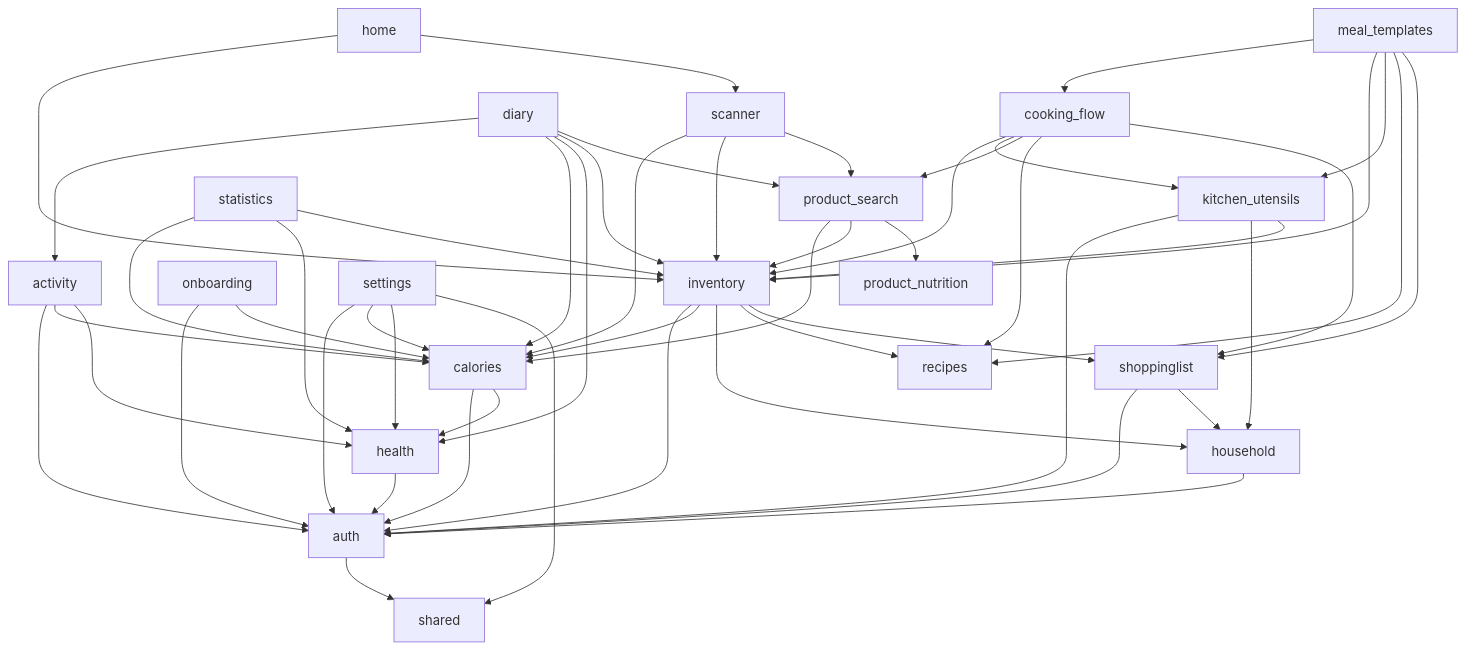
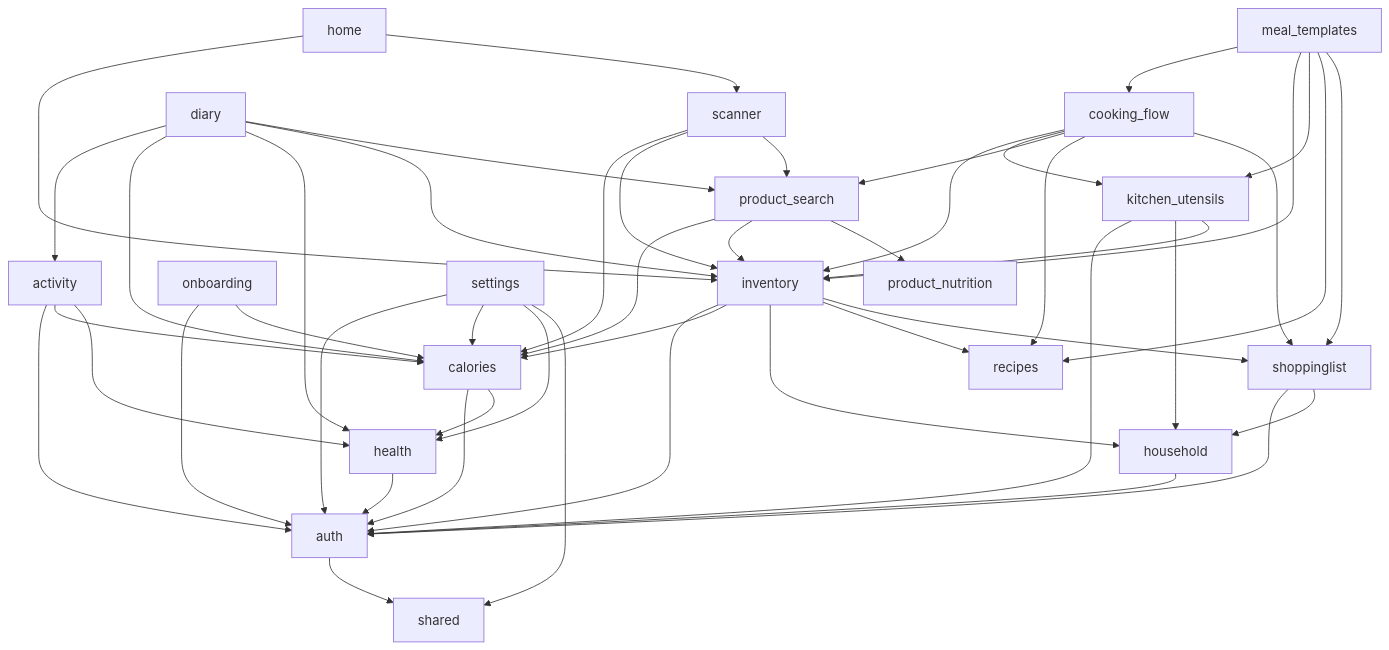
Before and after one commit to repinw/yamt: the diagram in lib/features/DEPS.md, drawn with Mermaid. The commit also changed 89 other files, not shown here.

````diff
--- a/lib/features/DEPS.md
+++ b/lib/features/DEPS.md
@@ -6,53 +6,50 @@
 ```mermaid
 flowchart TD;
 activity-->auth;
 activity-->calories;
 activity-->health;
 auth-->shared;
 calories-->auth;
 calories-->health;
 cooking_flow-->inventory;
 cooking_flow-->kitchen_utensils;
 cooking_flow-->product_search;
 cooking_flow-->recipes;
 cooking_flow-->shoppinglist;
 diary-->activity;
 diary-->calories;
 diary-->health;
 diary-->inventory;
 diary-->product_search;
 health-->auth;
 home-->inventory;
 home-->scanner;
 household-->auth;
 inventory-->auth;
 inventory-->calories;
 inventory-->household;
 inventory-->recipes;
 inventory-->shoppinglist;
 kitchen_utensils-->auth;
 kitchen_utensils-->household;
 kitchen_utensils-->inventory;
 meal_templates-->cooking_flow;
 meal_templates-->inventory;
 meal_templates-->kitchen_utensils;
 meal_templates-->recipes;
 meal_templates-->shoppinglist;
 onboarding-->auth;
 onboarding-->calories;
 product_search-->calories;
 product_search-->inventory;
 product_search-->product_nutrition;
 scanner-->calories;
 scanner-->inventory;
 scanner-->product_search;
 settings-->auth;
 settings-->calories;
 settings-->health;
 settings-->shared;
 shoppinglist-->auth;
 shoppinglist-->household;
-statistics-->calories;
-statistics-->health;
-statistics-->inventory;
 ```
````
